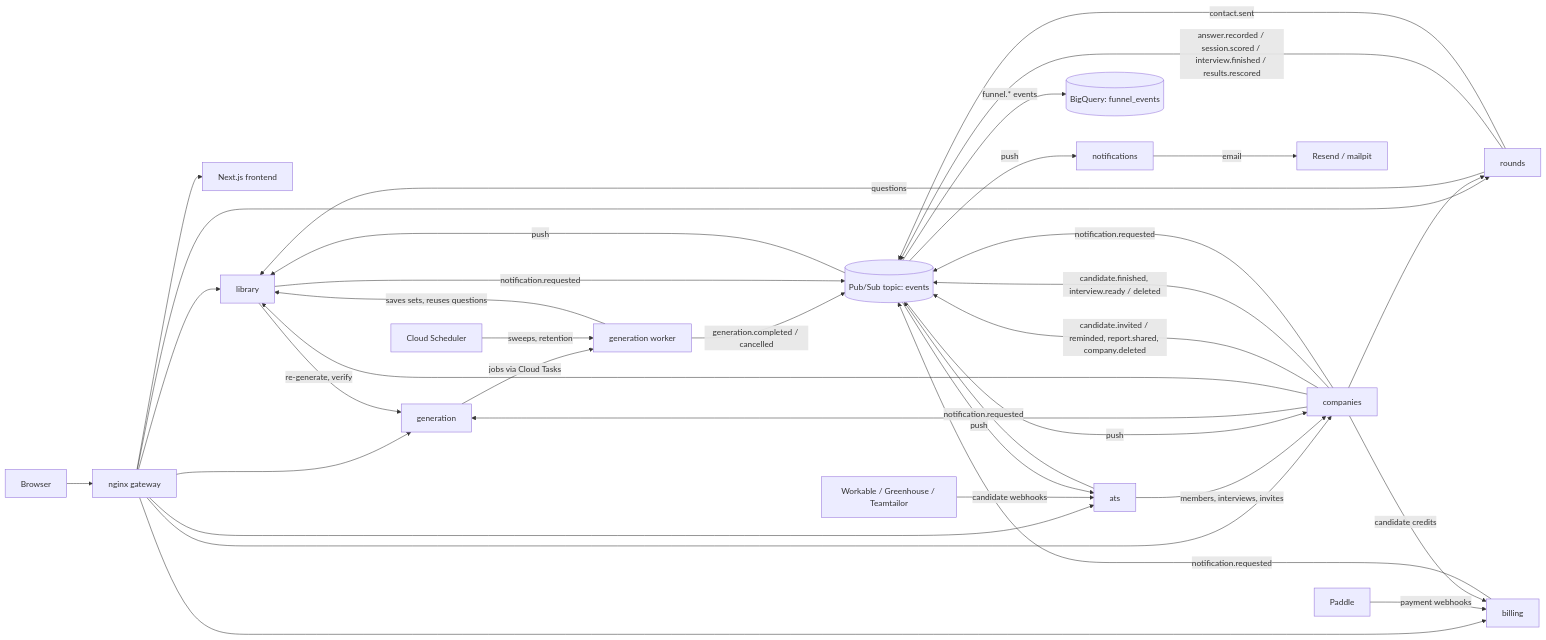
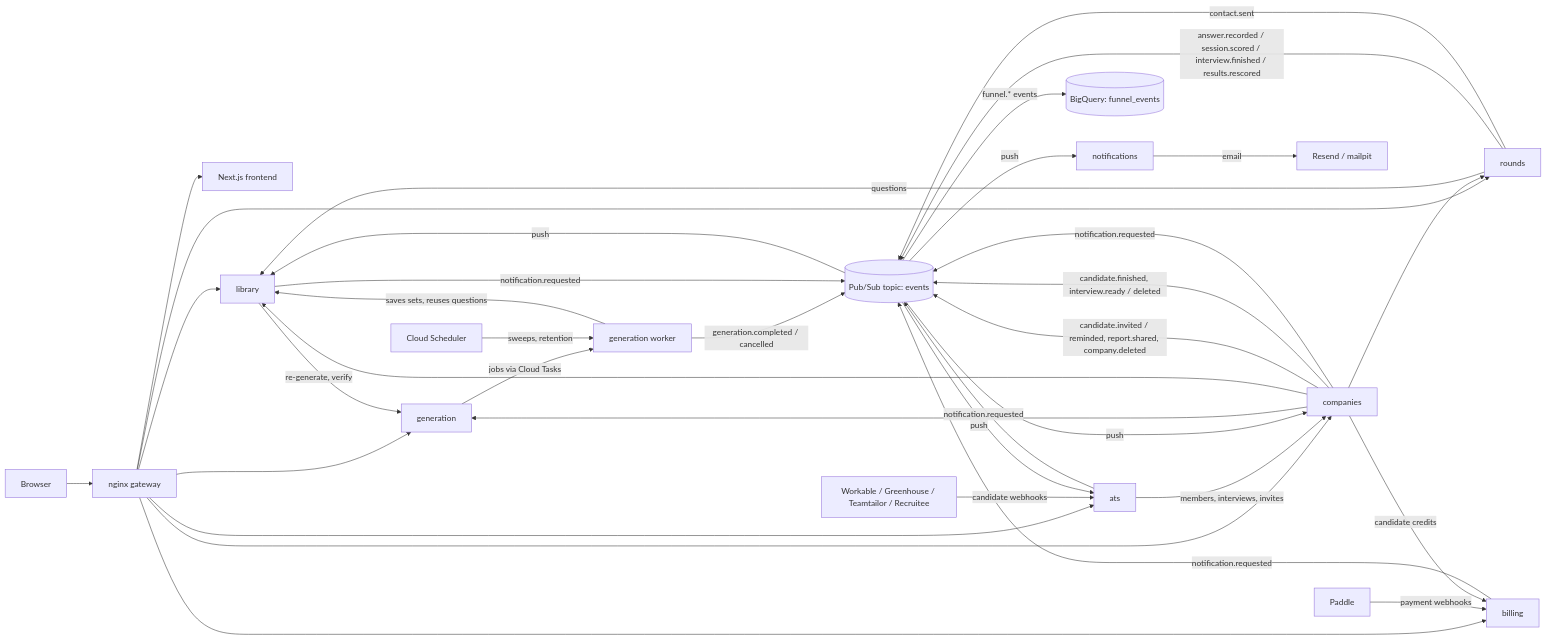
One commit to Vilsky-Viktor/ai-interview-prep-platform changed the diagram in docs/architecture.md. Above: the diagram before and after it, drawn with Mermaid. The commit also changed other lines of this file and 3 other files, not shown here.

````diff
--- a/docs/architecture.md
+++ b/docs/architecture.md
@@ -14,36 +14,36 @@
 ```mermaid
 flowchart LR
     browser[Browser] --> gateway[nginx gateway]
     gateway --> frontend[Next.js frontend]
     gateway --> library
     gateway --> generation
     gateway --> rounds
     gateway --> companies
     gateway --> billing
     gateway --> ats
     paddle[Paddle] -- payment webhooks --> billing
-    atss[Workable / Greenhouse / Teamtailor] -- candidate webhooks --> ats
+    atss[Workable / Greenhouse / Teamtailor / Recruitee] -- candidate webhooks --> ats
 
     generation -- jobs via Cloud Tasks --> worker[generation worker]
     scheduler[Cloud Scheduler] -- sweeps, retention --> worker
     worker -- saves sets, reuses questions --> library
     library -- re-generate, verify --> generation
     rounds -- questions --> library
     companies --> generation
     companies --> library
     companies --> rounds
     companies -- candidate credits --> billing
     ats -- members, interviews, invites --> companies
 
     rounds -- answer.recorded / session.scored / interview.finished / results.rescored --> pubsub[(Pub/Sub topic: events)]
     worker -- generation.completed / cancelled --> pubsub
     companies -- candidate.invited / reminded, report.shared, company.deleted --> pubsub
     companies -- candidate.finished, interview.ready / deleted --> pubsub
     rounds -- contact.sent --> pubsub
     library & companies & billing & ats -- notification.requested --> pubsub
     pubsub -- push --> library
     pubsub -- push --> companies
     pubsub -- push --> ats
     pubsub -- push --> notifications -- email --> smtp[Resend / mailpit]
     pubsub -- funnel.* events --> bigquery[(BigQuery: funnel_events)]
 ```
````
